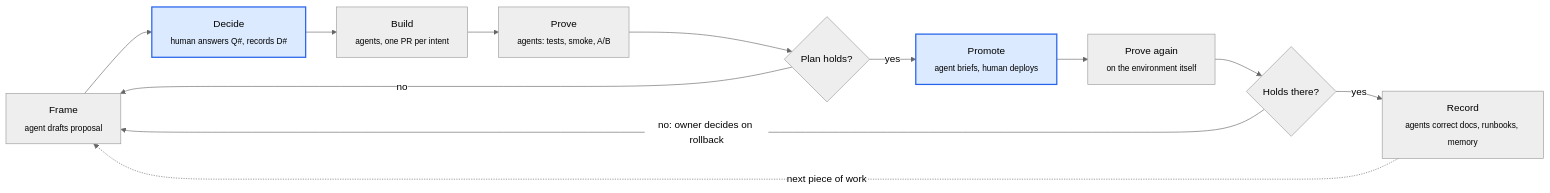
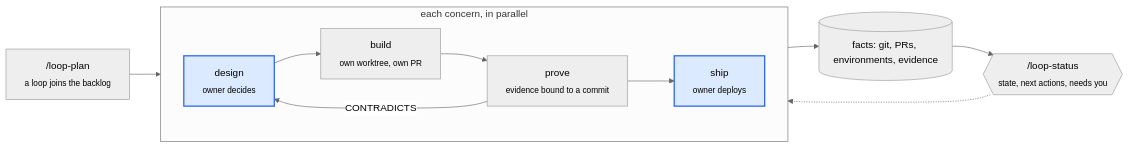
One commit to jugonzal/architect-loop changed the diagram in README.md. Above: the diagram before and after it, drawn with Mermaid (neutral theme). The commit also changed other lines of this file and 6 other files, not shown here.

````diff
--- a/README.md
+++ b/README.md
@@ -21,17 +34,16 @@
 ```mermaid
 flowchart LR
-    F["Frame<br/><sub>agent drafts proposal</sub>"] --> D["Decide<br/><sub>human answers Q#, records D#</sub>"]
-    D --> B["Build<br/><sub>agents, one PR per intent</sub>"]
-    B --> P["Prove<br/><sub>agents: tests, smoke, A/B</sub>"]
-    P --> G{"Plan holds?"}
-    G -- no --> F
-    G -- yes --> PR["Promote<br/><sub>agent briefs, human deploys</sub>"]
-    PR --> P2["Prove again<br/><sub>on the environment itself</sub>"]
-    P2 --> G2{"Holds there?"}
-    G2 -- "no: owner decides on rollback" --> F
-    G2 -- yes --> R["Record<br/><sub>agents correct docs, runbooks, memory</sub>"]
-    R -. next piece of work .-> F
+    PL["/loop-plan<br/><sub>a loop joins the backlog</sub>"]
+    subgraph C["each concern, in parallel"]
+      direction LR
+      DE["design<br/><sub>owner decides</sub>"] --> BU["build<br/><sub>own worktree, own PR</sub>"] --> PR["prove<br/><sub>evidence bound to a commit</sub>"] --> SH["ship<br/><sub>owner deploys</sub>"]
+      PR -- CONTRADICTS --> DE
+    end
+    PL --> DE
+    C --> F[("facts: git, PRs, environments, evidence")]
+    F --> ST{{"/loop-status<br/><sub>state, next actions, needs you</sub>"}}
+    ST -.-> DE
 
     classDef human fill:#dbeafe,stroke:#2563eb,stroke-width:2px;
-    class D,PR human;
+    class DE,SH human;
 ```
````
